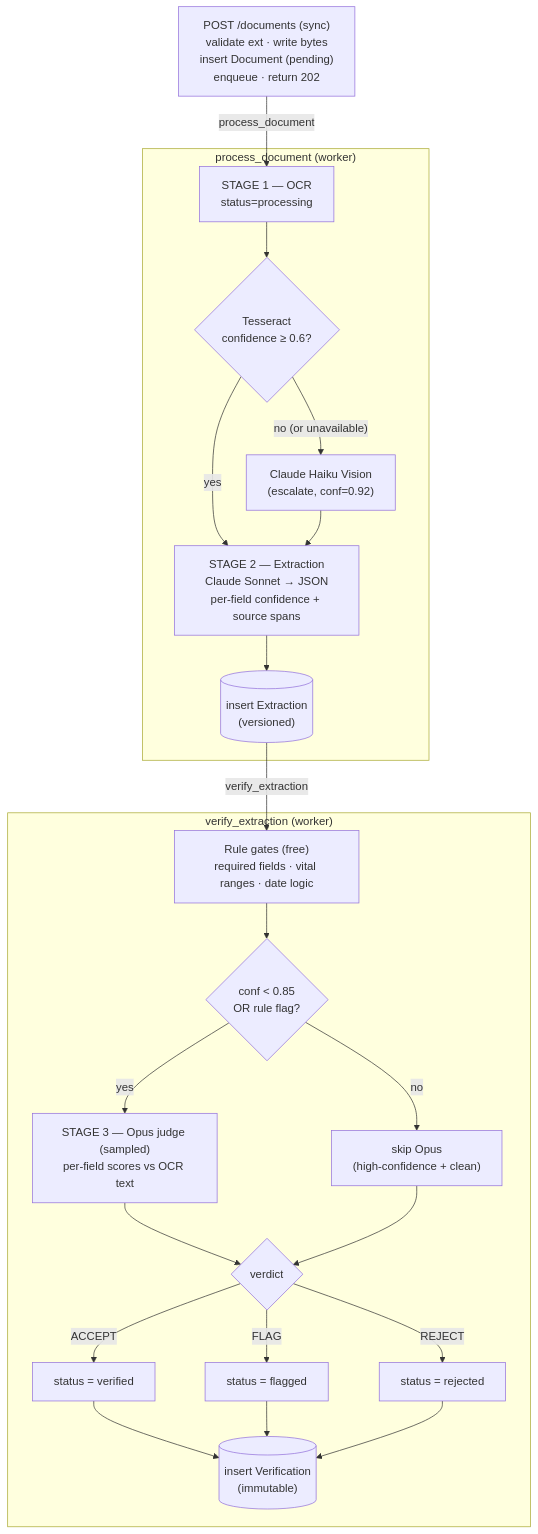
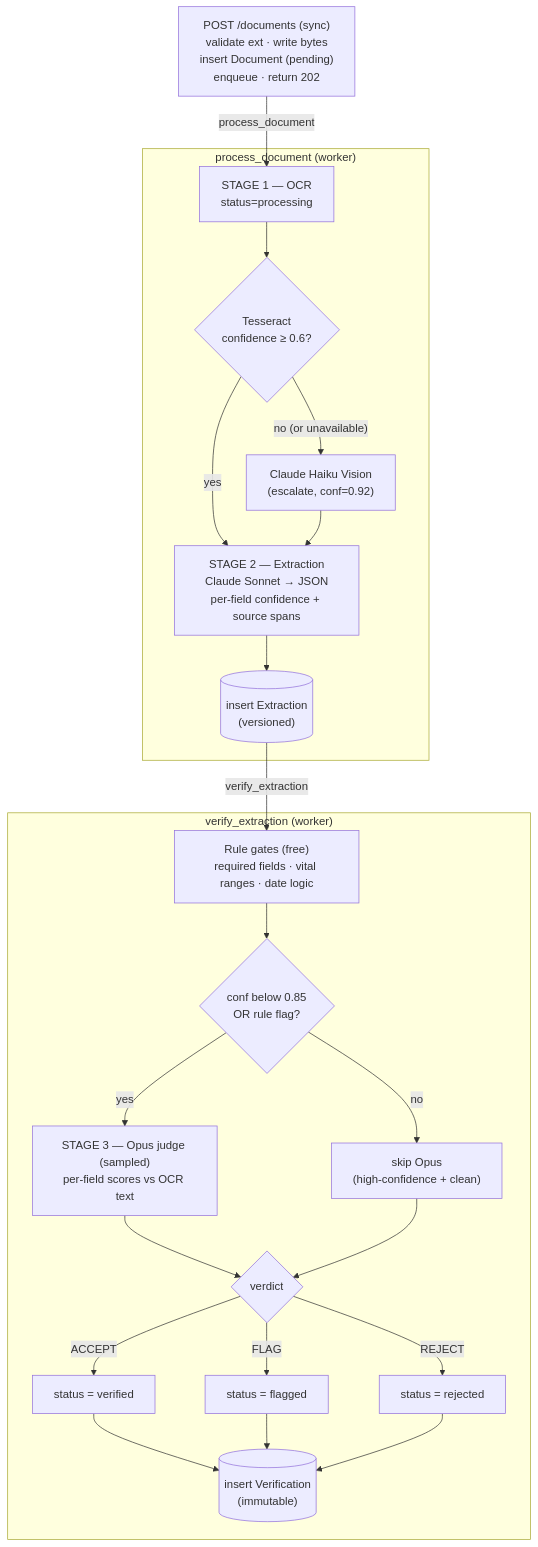
Before and after one commit to twisha/meddocintel: the second of 4 diagrams in docs/HLD.md, drawn with Mermaid. The commit also changed other lines of this file, not shown here.

Commit message:
docs: fix Mermaid diagrams — remove semicolon and bare '<' from labels
Semicolons act as statement separators in Mermaid sequence message text;
'<' is parsed as an HTML tag start in flowchart labels.

````diff
--- a/docs/HLD.md
+++ b/docs/HLD.md
@@ -89,43 +89,43 @@
 ```mermaid
 flowchart TD
     upload["POST /documents (sync)<br/>validate ext · write bytes<br/>insert Document (pending)<br/>enqueue · return 202"]
 
     upload -->|process_document| ocr
 
     subgraph proc["process_document (worker)"]
         ocr["STAGE 1 — OCR<br/>status=processing"]
         tess{"Tesseract<br/>confidence ≥ 0.6?"}
         vision["Claude Haiku Vision<br/>(escalate, conf=0.92)"]
         extract["STAGE 2 — Extraction<br/>Claude Sonnet → JSON<br/>per-field confidence + source spans"]
         saveext[("insert Extraction<br/>(versioned)")]
 
         ocr --> tess
         tess -->|yes| extract
         tess -->|"no (or unavailable)"| vision
         vision --> extract
         extract --> saveext
     end
 
     saveext -->|verify_extraction| gates
 
     subgraph verify["verify_extraction (worker)"]
         gates["Rule gates (free)<br/>required fields · vital ranges · date logic"]
-        decide{"conf < 0.85<br/>OR rule flag?"}
+        decide{"conf below 0.85<br/>OR rule flag?"}
         opus["STAGE 3 — Opus judge (sampled)<br/>per-field scores vs OCR text"]
         skip["skip Opus<br/>(high-confidence + clean)"]
         verdict{"verdict"}
         saveverif[("insert Verification<br/>(immutable)")]
 
         gates --> decide
         decide -->|yes| opus
         decide -->|no| skip
         opus --> verdict
         skip --> verdict
         verdict -->|ACCEPT| accept["status = verified"]
         verdict -->|FLAG| flag["status = flagged"]
         verdict -->|REJECT| reject["status = rejected"]
         accept --> saveverif
         flag --> saveverif
         reject --> saveverif
     end
 ```
````
